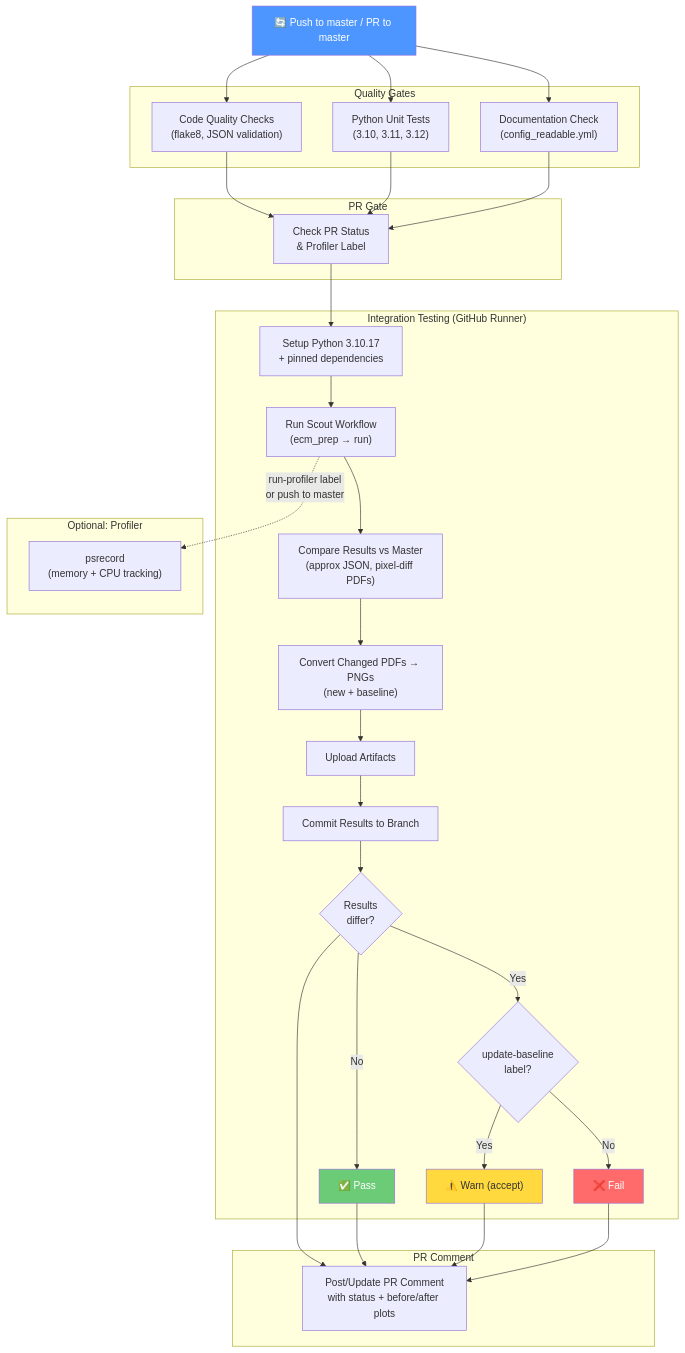
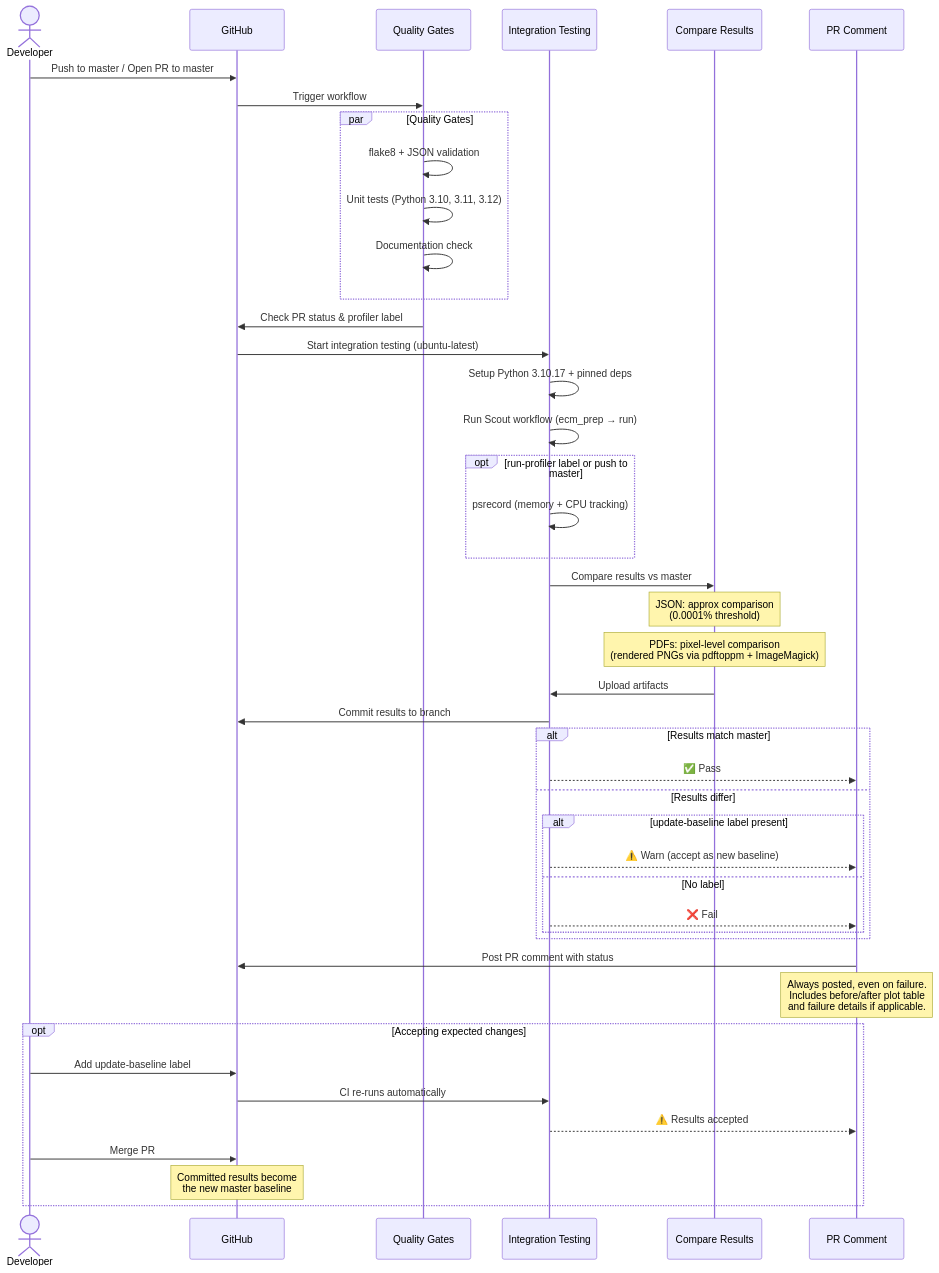
One commit to trynthink/scout changed the diagram in .github/CI_CD.md. Above: the diagram before and after it, drawn with Mermaid. The commit also changed other lines of this file and 23 other files, not shown here.

Commit message:
Consolidate workflows, restore results, rename job, optimize checkout, convert to sequence diagram

````diff
--- a/.github/CI_CD.md
+++ b/.github/CI_CD.md
@@ -5,61 +5,56 @@
 ```mermaid
-flowchart TD
-    trigger["🔄 Push to master / PR to master"]
+sequenceDiagram
+    actor Dev as Developer
+    participant GH as GitHub
+    participant QG as Quality Gates
+    participant IT as Integration Testing
+    participant Cmp as Compare Results
+    participant PR as PR Comment
 
-    subgraph quality["Quality Gates"]
-        lint["Code Quality Checks<br/>(flake8, JSON validation)"]
-        unit["Python Unit Tests<br/>(3.10, 3.11, 3.12)"]
-        docs["Documentation Check<br/>(config_readable.yml)"]
+    Dev->>GH: Push to master / Open PR to master
+    GH->>QG: Trigger workflow
+
+    par Quality Gates
+        QG->>QG: flake8 + JSON validation
+        QG->>QG: Unit tests (Python 3.10, 3.11, 3.12)
+        QG->>QG: Documentation check
     end
 
-    subgraph gate["PR Gate"]
-        pr_check["Check PR Status<br/>& Profiler Label"]
+    QG->>GH: Check PR status & profiler label
+    GH->>IT: Start integration testing (ubuntu-latest)
+    IT->>IT: Setup Python 3.10.17 + pinned deps
+    IT->>IT: Run Scout workflow (ecm_prep → run)
+
+    opt run-profiler label or push to master
+        IT->>IT: psrecord (memory + CPU tracking)
     end
 
-    subgraph integration["Integration Testing (GitHub Runner)"]
-        setup["Setup Python 3.10.17<br/>+ pinned dependencies"]
-        run_test["Run Scout Workflow<br/>(ecm_prep → run)"]
-        compare["Compare Results vs Master<br/>(approx JSON, pixel-diff PDFs)"]
-        convert["Convert Changed PDFs → PNGs<br/>(new + baseline)"]
-        upload["Upload Artifacts"]
-        commit_results["Commit Results to Branch"]
-        fail_check{"Results<br/>differ?"}
-        baseline_label{"update-baseline<br/>label?"}
-        fail["❌ Fail"]
-        warn["⚠️ Warn (accept)"]
-        pass["✅ Pass"]
+    IT->>Cmp: Compare results vs master
+
+    Note over Cmp: JSON: approx comparison<br/>(0.0001% threshold)
+    Note over Cmp: PDFs: pixel-level comparison<br/>(rendered PNGs via pdftoppm + ImageMagick)
+
+    Cmp->>IT: Upload artifacts
+    IT->>GH: Commit results to branch
+
+    alt Results match master
+        IT-->>PR: ✅ Pass
+    else Results differ
+        alt update-baseline label present
+            IT-->>PR: ⚠️ Warn (accept as new baseline)
+        else No label
+            IT-->>PR: ❌ Fail
+        end
     end
 
-    subgraph comment["PR Comment"]
-        post_comment["Post/Update PR Comment<br/>with status + before/after plots"]
+    PR->>GH: Post PR comment with status
+    Note over PR: Always posted, even on failure.<br/>Includes before/after plot table<br/>and failure details if applicable.
+
+    opt Accepting expected changes
+        Dev->>GH: Add update-baseline label
+        GH->>IT: CI re-runs automatically
+        IT-->>PR: ⚠️ Results accepted
+        Dev->>GH: Merge PR
+        Note over GH: Committed results become<br/>the new master baseline
     end
-
-    trigger --> lint & unit & docs
-    lint & unit & docs --> pr_check
-    pr_check --> setup
-    setup --> run_test
-    run_test --> compare
-    compare --> convert
-    convert --> upload
-    upload --> commit_results
-    commit_results --> fail_check
-    fail_check -- "No" --> pass
-    fail_check -- "Yes" --> baseline_label
-    baseline_label -- "Yes" --> warn
-    baseline_label -- "No" --> fail
-    fail_check --> post_comment
-    pass --> post_comment
-    warn --> post_comment
-    fail --> post_comment
-
-    subgraph profiler["Optional: Profiler"]
-        psrecord["psrecord<br/>(memory + CPU tracking)"]
-    end
-
-    run_test -. "run-profiler label<br/>or push to master" .-> psrecord
-
-    style fail fill:#ff6b6b,color:#fff
-    style warn fill:#ffd93d,color:#333
-    style pass fill:#6bcb77,color:#fff
-    style trigger fill:#4d96ff,color:#fff
 ```
````
